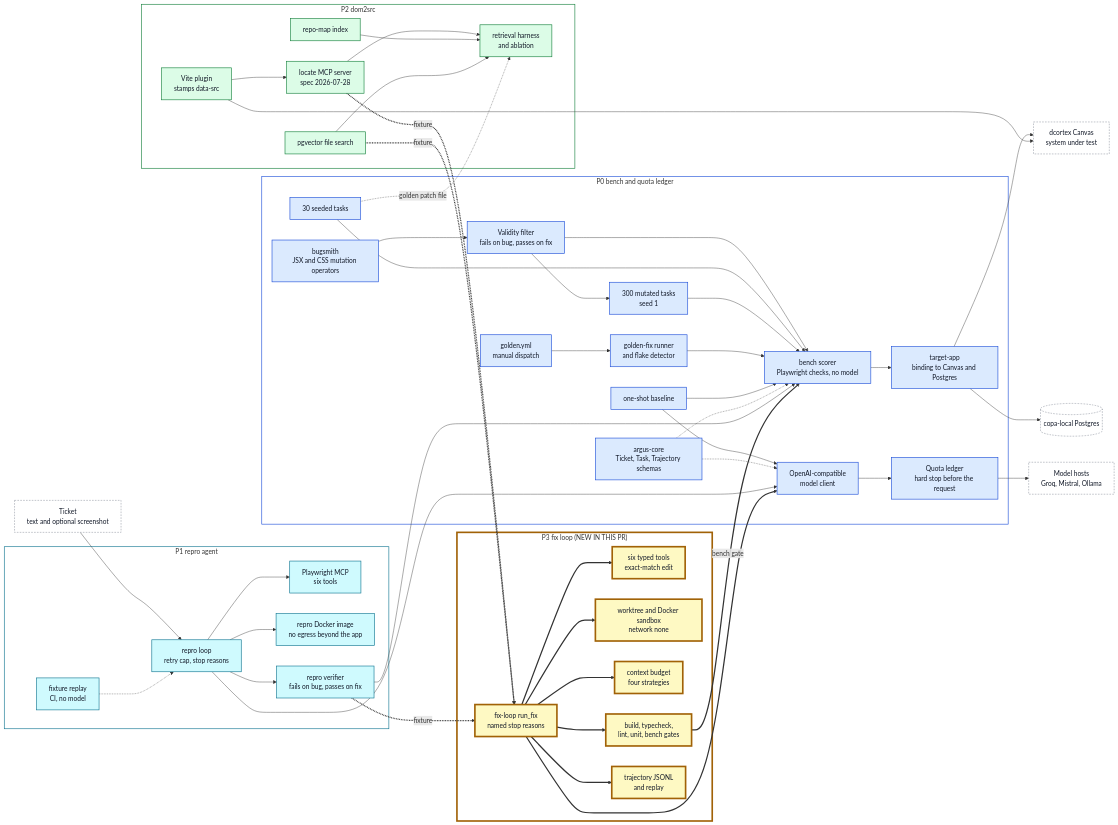
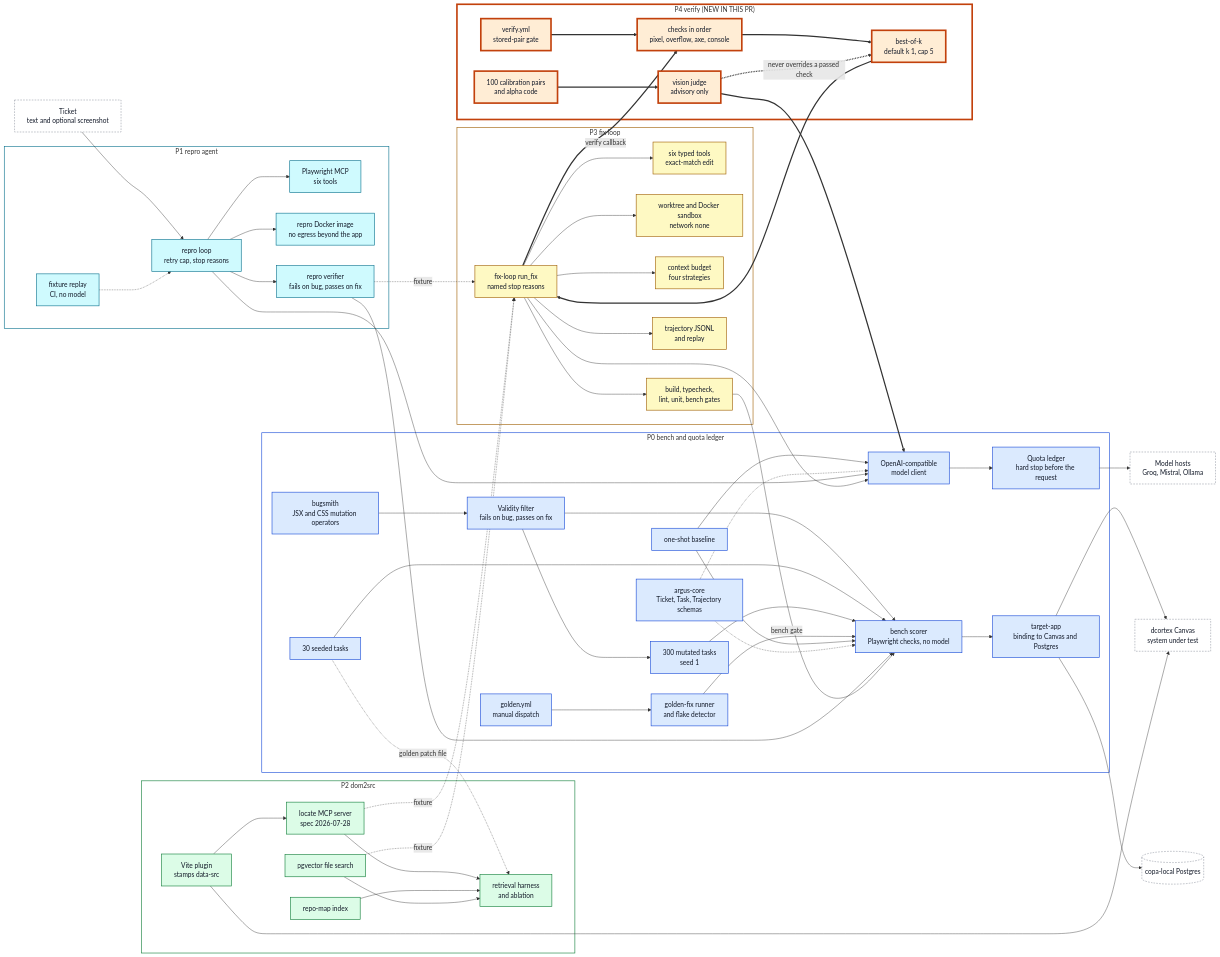
One commit to vibhu-0511/argus changed the diagram in docs/architecture/overview.md. Above: the diagram before and after it, drawn with Mermaid. The commit also changed other lines of this file and 16 other files, not shown here.

````diff
--- a/docs/architecture/overview.md
+++ b/docs/architecture/overview.md
@@ -40,13 +40,21 @@
     ABL["retrieval harness<br/>and ablation"]:::p2
   end
 
-  subgraph S3 ["P3 fix loop (NEW IN THIS PR)"]
+  subgraph S3 ["P3 fix loop"]
     FIX["fix-loop run_fix<br/>named stop reasons"]:::p3
     TOOLS["six typed tools<br/>exact-match edit"]:::p3
     WT["worktree and Docker sandbox<br/>network none"]:::p3
     CTX["context budget<br/>four strategies"]:::p3
     GATES["build, typecheck,<br/>lint, unit, bench gates"]:::p3
     TRAJ["trajectory JSONL<br/>and replay"]:::p3
+  end
+
+  subgraph S4 ["P4 verify (NEW IN THIS PR)"]
+    CHECKS["checks in order<br/>pixel, overflow, axe, console"]:::p4
+    JUDGE["vision judge<br/>advisory only"]:::p4
+    BOK["best-of-k<br/>default k 1, cap 5"]:::p4
+    CAL["100 calibration pairs<br/>and alpha code"]:::p4
+    VCI["verify.yml<br/>stored-pair gate"]:::p4
   end
 
   BUGSMITH --> FILTER
@@ -88,6 +96,13 @@
   FIX --> TRAJ
   FIX --> CLIENT
   GATES -- "bench gate" --> SCORER
+  FIX -- "verify callback" --> CHECKS
+  CHECKS --> BOK
+  JUDGE -. "never overrides a passed check" .-> BOK
+  JUDGE --> CLIENT
+  BOK --> FIX
+  CAL --> JUDGE
+  VCI --> CHECKS
 
   classDef p0 fill:#dbeafe,stroke:#1d4ed8,stroke-width:1.5px,color:#111827
   style S0 fill:none,stroke:#1d4ed8,stroke-width:1.5px
@@ -95,8 +110,10 @@
   style S1 fill:none,stroke:#0e7490,stroke-width:1.5px
   classDef p2 fill:#dcfce7,stroke:#15803d,stroke-width:1.5px,color:#111827
   style S2 fill:none,stroke:#15803d,stroke-width:1.5px
-  classDef p3 fill:#fef9c3,stroke:#a16207,stroke-width:4px,color:#111827
-  style S3 fill:none,stroke:#a16207,stroke-width:4px
+  classDef p3 fill:#fef9c3,stroke:#a16207,stroke-width:1.5px,color:#111827
+  style S3 fill:none,stroke:#a16207,stroke-width:1.5px
+  classDef p4 fill:#ffedd5,stroke:#c2410c,stroke-width:4px,color:#111827
+  style S4 fill:none,stroke:#c2410c,stroke-width:4px
   classDef ext fill:#ffffff,stroke:#6b7280,color:#111827,stroke-dasharray: 4 3
-  linkStyle 29,30,31,32,33,34,35,36,37,38 stroke-width:3px
+  linkStyle 39,40,41,42,43,44,45 stroke-width:3px
 ```
````
